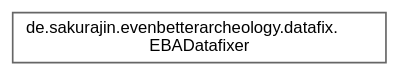
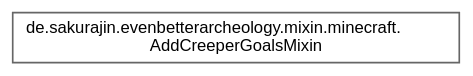
The diagram in inherit_graph_9.dot (noah1510/EvenBetterArcheology), drawn with Graphviz before and after one commit. The commit also changed 126 other files, not shown here.

```diff
--- a/inherit_graph_9.dot
+++ b/inherit_graph_9.dot
@@ -1,9 +1,9 @@
 digraph "Graphical Class Hierarchy"
 {
  // LATEX_PDF_SIZE
   bgcolor="transparent";
   edge [fontname=Helvetica,fontsize=10,labelfontname=Helvetica,labelfontsize=10];
   node [fontname=Helvetica,fontsize=10,shape=box,height=0.2,width=0.4];
   rankdir="LR";
-  Node0 [label="de.sakurajin.evenbetterarcheology.datafix.\lEBADatafixer",height=0.2,width=0.4,color="grey40", fillcolor="white", style="filled",URL="$classde_1_1sakurajin_1_1evenbetterarcheology_1_1datafix_1_1EBADatafixer.html",tooltip=" "];
+  Node0 [label="de.sakurajin.evenbetterarcheology.mixin.minecraft.\lAddCreeperGoalsMixin",height=0.2,width=0.4,color="grey40", fillcolor="white", style="filled",URL="$classde_1_1sakurajin_1_1evenbetterarcheology_1_1mixin_1_1minecraft_1_1AddCreeperGoalsMixin.html",tooltip=" "];
 }
```
